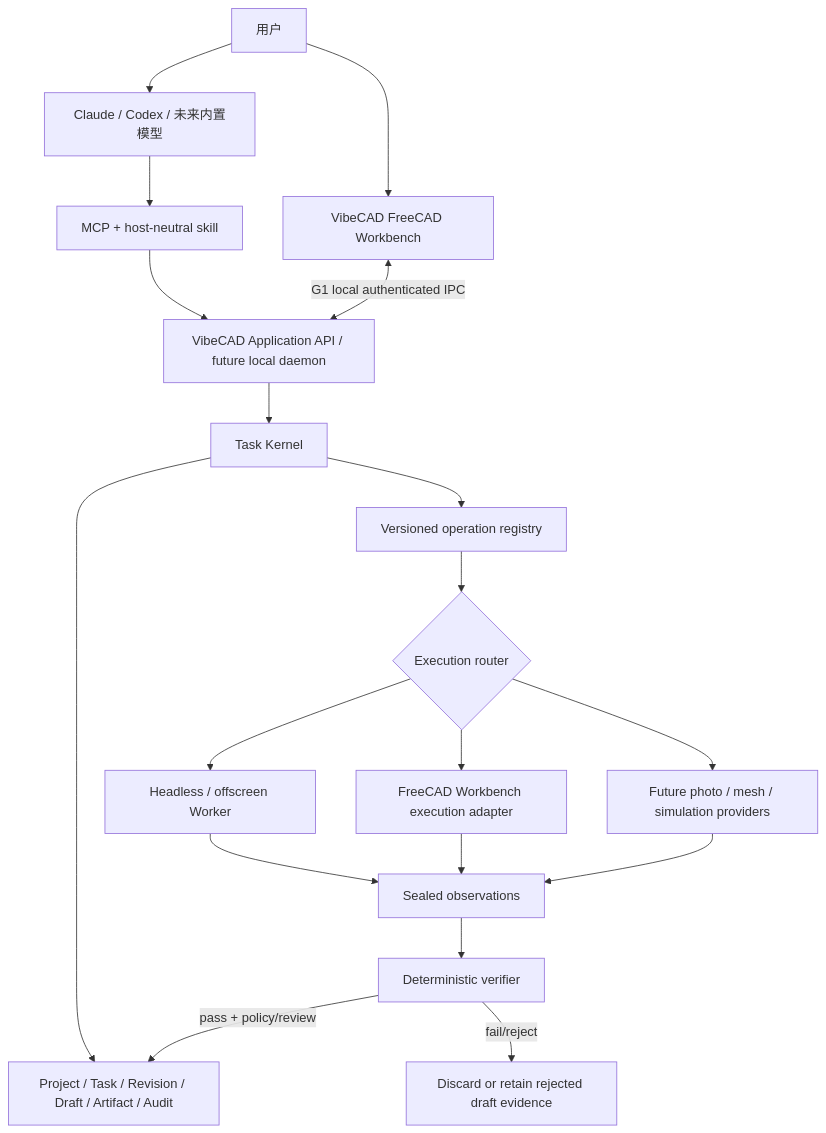
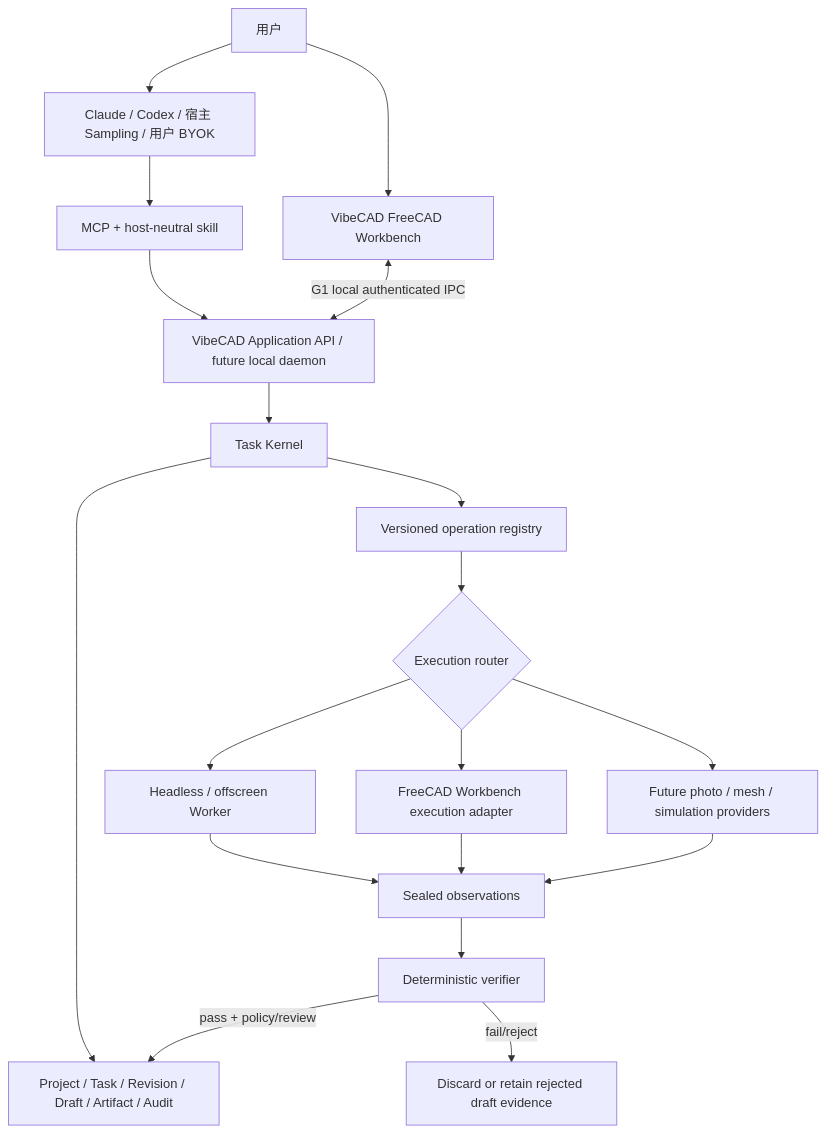
One commit to wangtao9090/VibeCAD changed the diagram in docs/PRODUCT_CAPABILITY_ROADMAP.md. Above: the diagram before and after it, drawn with Mermaid. The commit also changed other lines of this file and 6 other files, not shown here.

Commit message:
docs(architecture): reconcile Agent-first baseline

````diff
--- a/docs/PRODUCT_CAPABILITY_ROADMAP.md
+++ b/docs/PRODUCT_CAPABILITY_ROADMAP.md
@@ -72,21 +87,21 @@
 ```mermaid
 flowchart TB
-    U["用户"] --> H["Claude / Codex / 未来内置模型"]
+    U["用户"] --> H["Claude / Codex / 宿主 Sampling / 用户 BYOK"]
     U --> G["VibeCAD FreeCAD Workbench"]
     H --> M["MCP + host-neutral skill"]
     M --> A["VibeCAD Application API / future local daemon"]
     G <-->|"G1 local authenticated IPC"| A
     A --> K["Task Kernel"]
     K --> S["Project / Task / Revision / Draft / Artifact / Audit"]
     K --> R["Versioned operation registry"]
     R --> X{"Execution router"}
     X --> W["Headless / offscreen Worker"]
     X --> P["FreeCAD Workbench execution adapter"]
     X --> V["Future photo / mesh / simulation providers"]
     W --> O["Sealed observations"]
     P --> O
     V --> O
     O --> C["Deterministic verifier"]
     C -->|"pass + policy/review"| S
     C -->|"fail/reject"| D["Discard or retain rejected draft evidence"]
 ```
````
